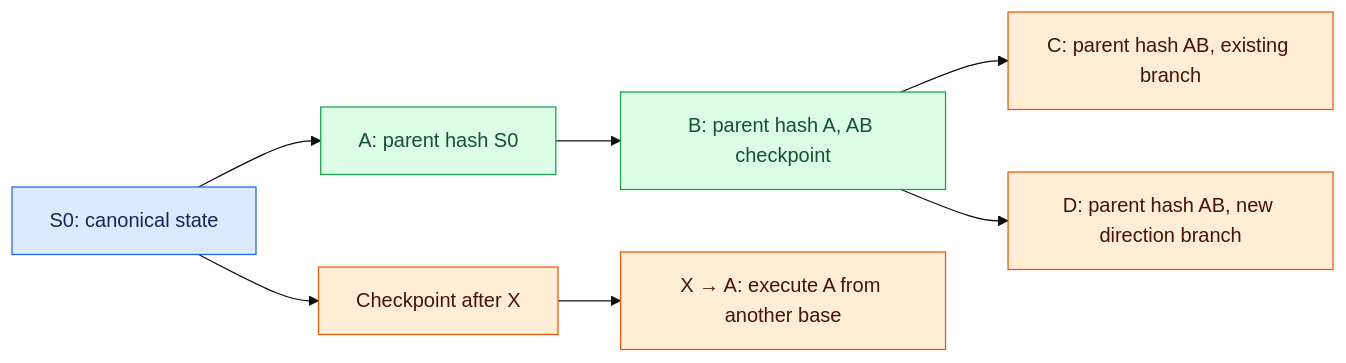
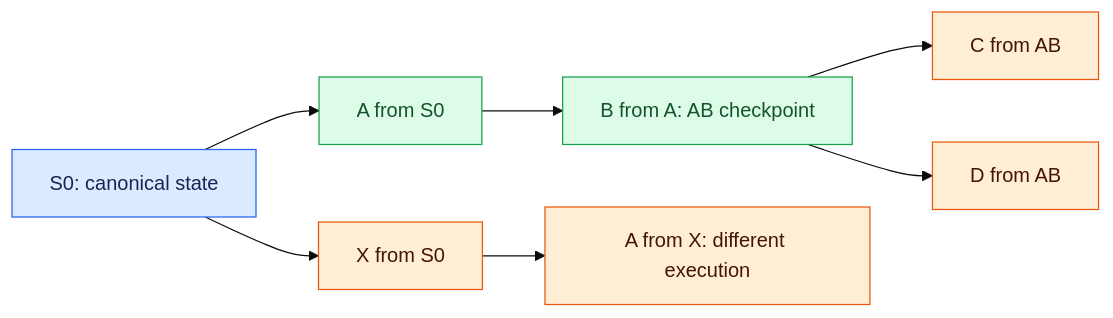
One commit to djm07073/baton-research changed the second of 2 diagrams in docs/execution/qmdb.md. Above: the diagram before and after it, drawn with Mermaid (base theme). The commit also changed other lines of this file and 292 other files, not shown here.

````diff
--- a/docs/execution/qmdb.md
+++ b/docs/execution/qmdb.md
@@ -149,15 +89,15 @@
 ```mermaid
 flowchart LR
-    S[S0: canonical state] --> A[A: parent hash S0]
-    A --> AB[B: parent hash A, AB checkpoint]
-    AB --> ABC[C: parent hash AB, existing branch]
-    AB --> ABD[D: parent hash AB, new direction branch]
-    S --> X[Checkpoint after X]
-    X --> XA[X → A: execute A from another base]
+    S[S0: canonical state] --> A[A from S0]
+    A --> AB[B from A: AB checkpoint]
+    AB --> ABC[C from AB]
+    AB --> ABD[D from AB]
+    S --> X[X from S0]
+    X --> XA[A from X: different execution]
     classDef canonical fill:#dbeafe,stroke:#2563eb,color:#172554;
     classDef reuse fill:#dcfce7,stroke:#16a34a,color:#14532d;
     classDef pending fill:#ffedd5,stroke:#ea580c,color:#431407;
     class S canonical;
     class A,AB reuse;
     class ABC,ABD,X,XA pending;
 ```
````
